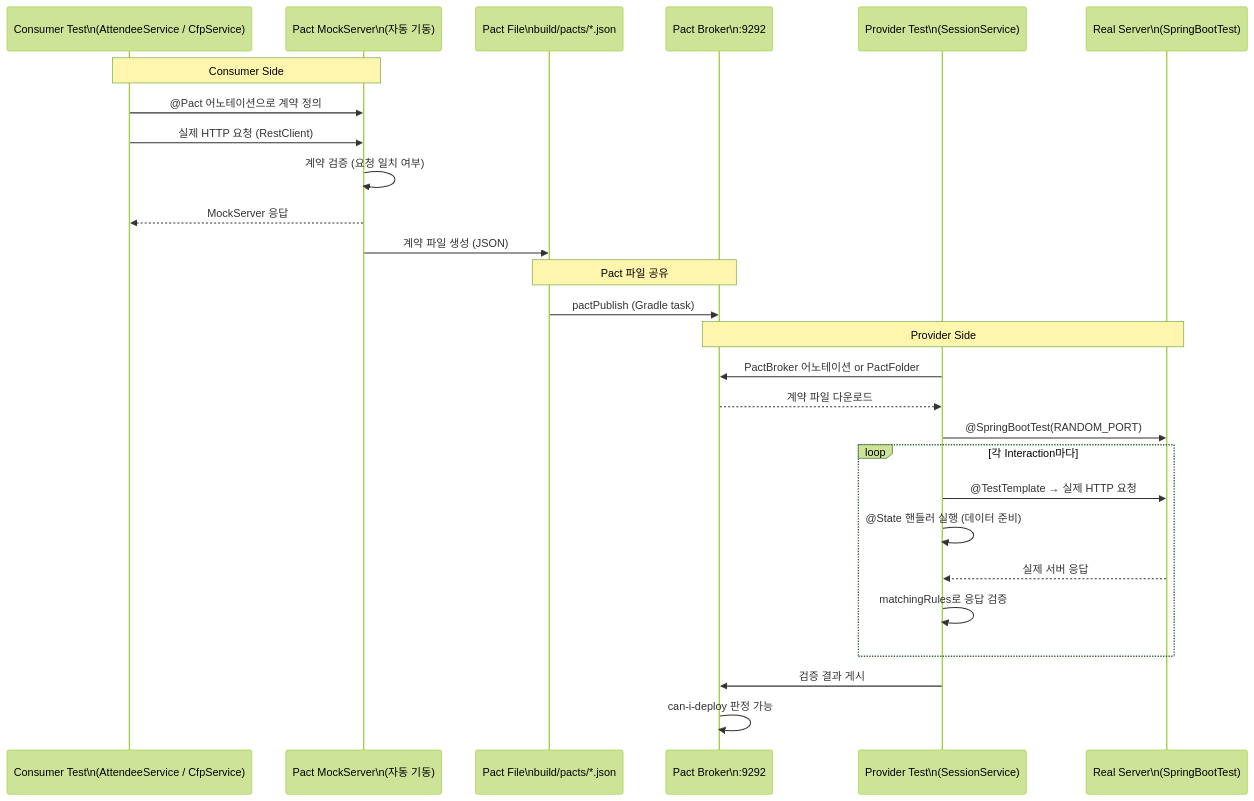
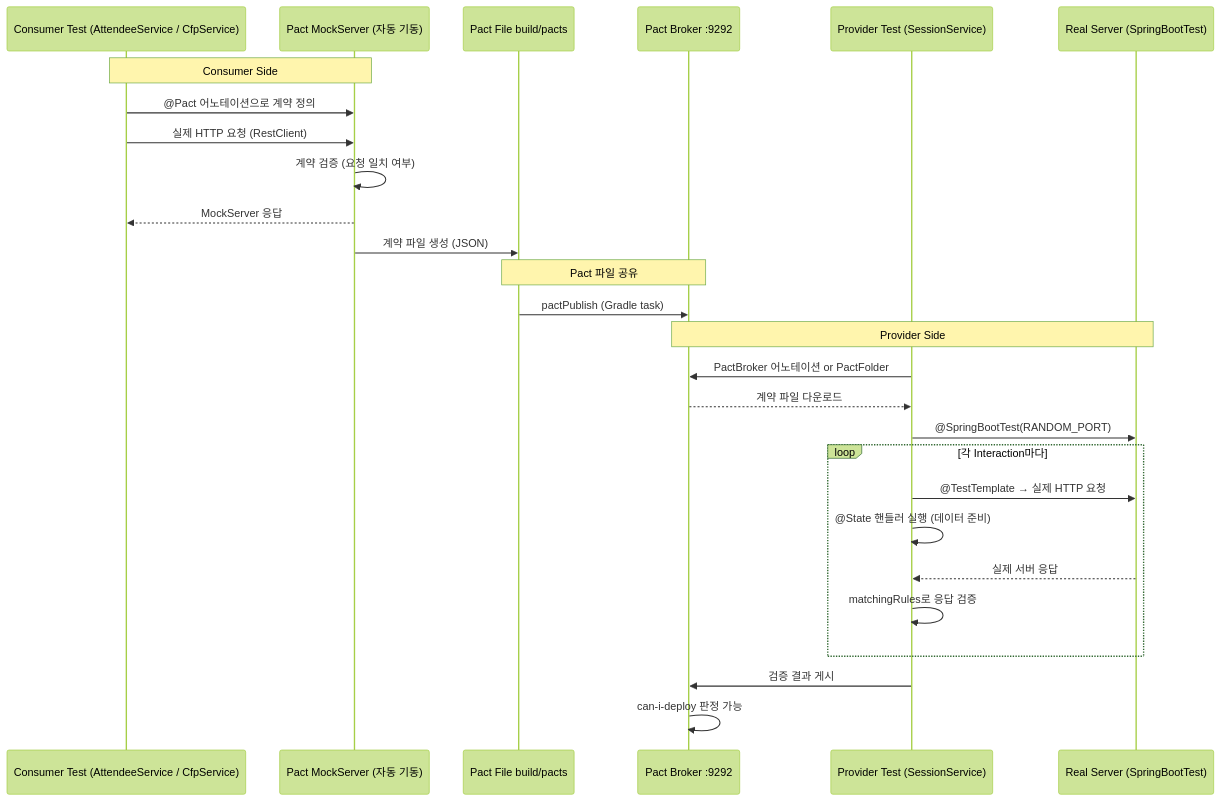
Diagram 12 of 23 in docs/ARCHITECTURE.md (janghoesoo1/pact-conference-demo-phase1), drawn with Mermaid (forest theme) before and after one commit. The commit also changed other lines of this file and 6 other files, not shown here.

````diff
--- a/docs/ARCHITECTURE.md
+++ b/docs/ARCHITECTURE.md
@@ -781,32 +773,32 @@
 ```mermaid
 sequenceDiagram
-    participant CS as Consumer Test\n(AttendeeService / CfpService)
-    participant MS as Pact MockServer\n(자동 기동)
-    participant PF as Pact File\nbuild/pacts/*.json
-    participant PB as Pact Broker\n:9292
-    participant PS as Provider Test\n(SessionService)
-    participant RS as Real Server\n(SpringBootTest)
+    participant CS as Consumer Test (AttendeeService / CfpService)
+    participant MS as Pact MockServer (자동 기동)
+    participant PF as Pact File build/pacts
+    participant PB as Pact Broker :9292
+    participant PS as Provider Test (SessionService)
+    participant RS as Real Server (SpringBootTest)
 
     Note over CS,MS: Consumer Side
     CS->>MS: @Pact 어노테이션으로 계약 정의
     CS->>MS: 실제 HTTP 요청 (RestClient)
     MS->>MS: 계약 검증 (요청 일치 여부)
     MS-->>CS: MockServer 응답
     MS->>PF: 계약 파일 생성 (JSON)
 
     Note over PF,PB: Pact 파일 공유
     PF->>PB: pactPublish (Gradle task)
 
     Note over PB,RS: Provider Side
     PS->>PB: PactBroker 어노테이션 or PactFolder
     PB-->>PS: 계약 파일 다운로드
     PS->>RS: @SpringBootTest(RANDOM_PORT)
     loop 각 Interaction마다
         PS->>RS: @TestTemplate → 실제 HTTP 요청
         PS->>PS: @State 핸들러 실행 (데이터 준비)
         RS-->>PS: 실제 서버 응답
         PS->>PS: matchingRules로 응답 검증
     end
     PS->>PB: 검증 결과 게시
     PB->>PB: can-i-deploy 판정 가능
 ```
````
